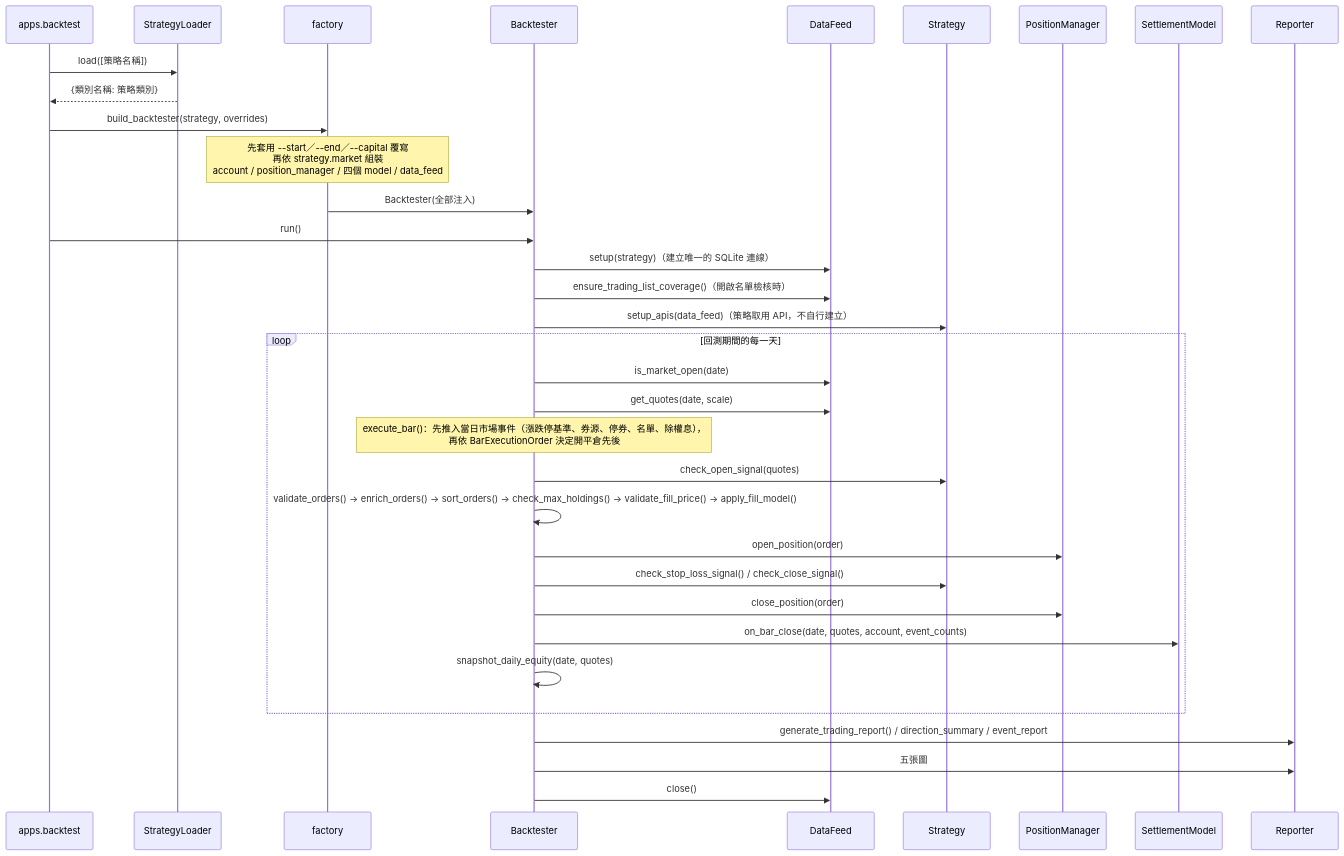
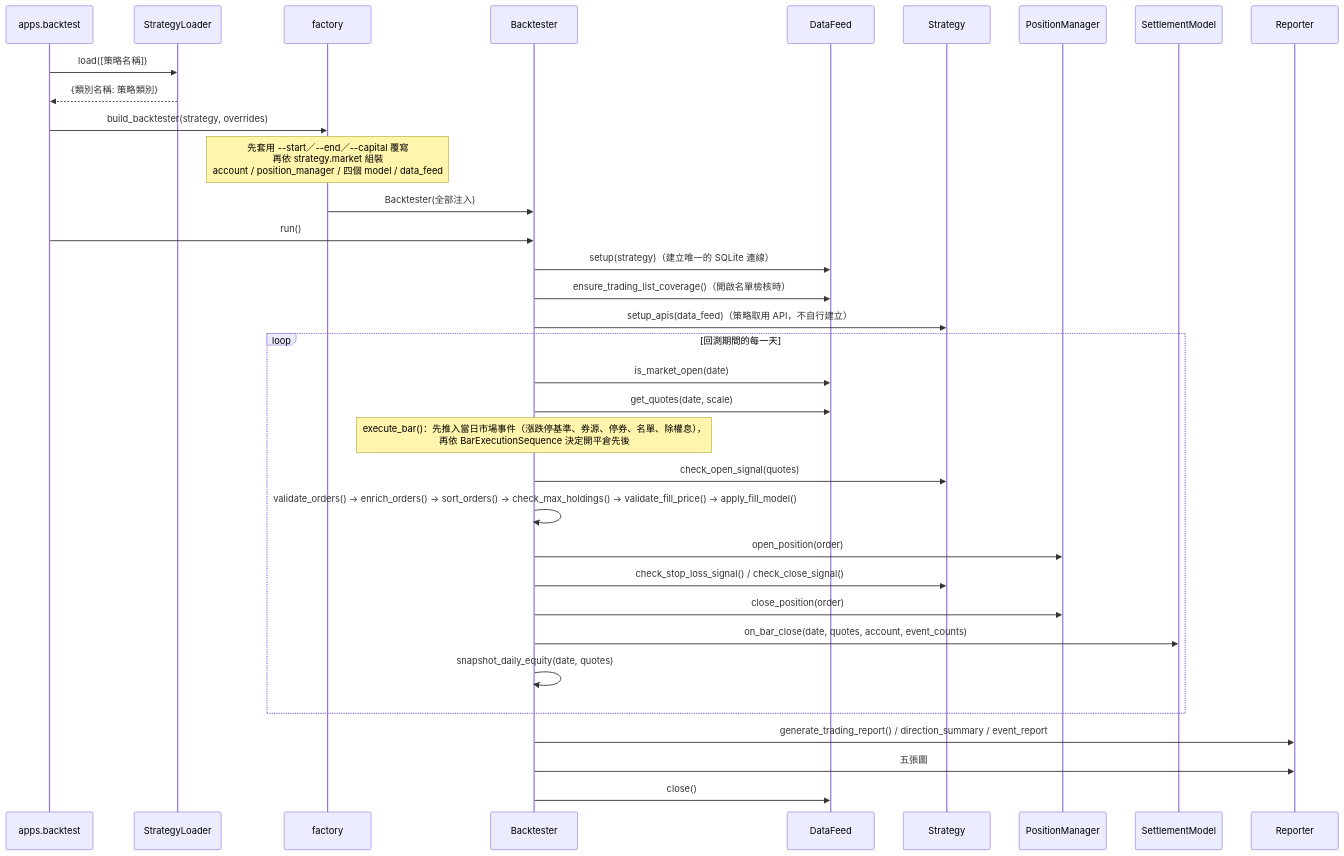
One commit to NYFund/alphaedge changed the diagram in docs/backtest/module-map.md. Above: the diagram before and after it, drawn with Mermaid. The commit also changed 13 other files, not shown here.

First line of the commit message:
refactor(utils): BarExecutionOrder 改名 BarExecutionSequence

````diff
--- a/docs/backtest/module-map.md
+++ b/docs/backtest/module-map.md
@@ -65,40 +65,40 @@
 ```mermaid
 sequenceDiagram
     participant CLI as apps.backtest
     participant Loader as StrategyLoader
     participant F as factory
     participant BT as Backtester
     participant Feed as DataFeed
     participant S as Strategy
     participant PM as PositionManager
     participant SM as SettlementModel
     participant R as Reporter
 
     CLI->>Loader: load([策略名稱])
     Loader-->>CLI: {類別名稱: 策略類別}
     CLI->>F: build_backtester(strategy, overrides)
 
     Note over F: 先套用 --start／--end／--capital 覆寫<br/>再依 strategy.market 組裝<br/>account / position_manager / 四個 model / data_feed
     F->>BT: Backtester(全部注入)
     CLI->>BT: run()
     BT->>Feed: setup(strategy)（建立唯一的 SQLite 連線）
     BT->>Feed: ensure_trading_list_coverage()（開啟名單檢核時）
     BT->>S: setup_apis(data_feed)（策略取用 API，不自行建立）
 
     loop 回測期間的每一天
         BT->>Feed: is_market_open(date)
         BT->>Feed: get_quotes(date, scale)
-        Note over BT: execute_bar()：先推入當日市場事件（漲跌停基準、券源、停券、名單、除權息），<br/>再依 BarExecutionOrder 決定開平倉先後
+        Note over BT: execute_bar()：先推入當日市場事件（漲跌停基準、券源、停券、名單、除權息），<br/>再依 BarExecutionSequence 決定開平倉先後
         BT->>S: check_open_signal(quotes)
         BT->>BT: validate_orders() → enrich_orders() → sort_orders() → check_max_holdings() → validate_fill_price() → apply_fill_model()
         BT->>PM: open_position(order)
         BT->>S: check_stop_loss_signal() / check_close_signal()
         BT->>PM: close_position(order)
         BT->>SM: on_bar_close(date, quotes, account, event_counts)
         BT->>BT: snapshot_daily_equity(date, quotes)
     end
 
     BT->>R: generate_trading_report() / direction_summary / event_report
     BT->>R: 五張圖
     BT->>Feed: close()
 ```
````
